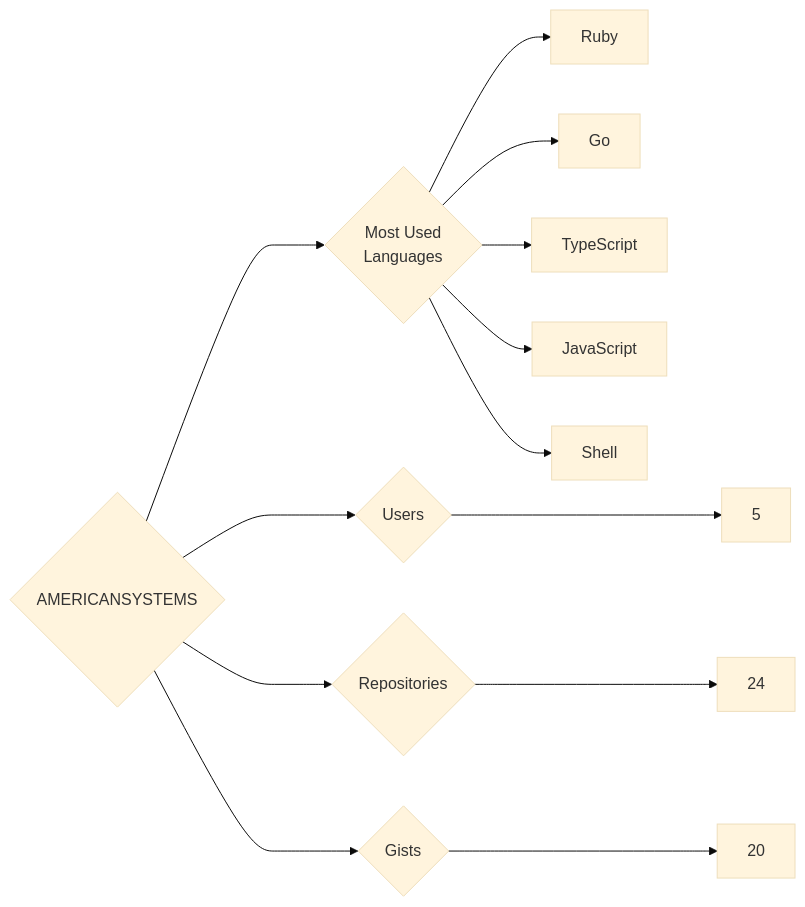
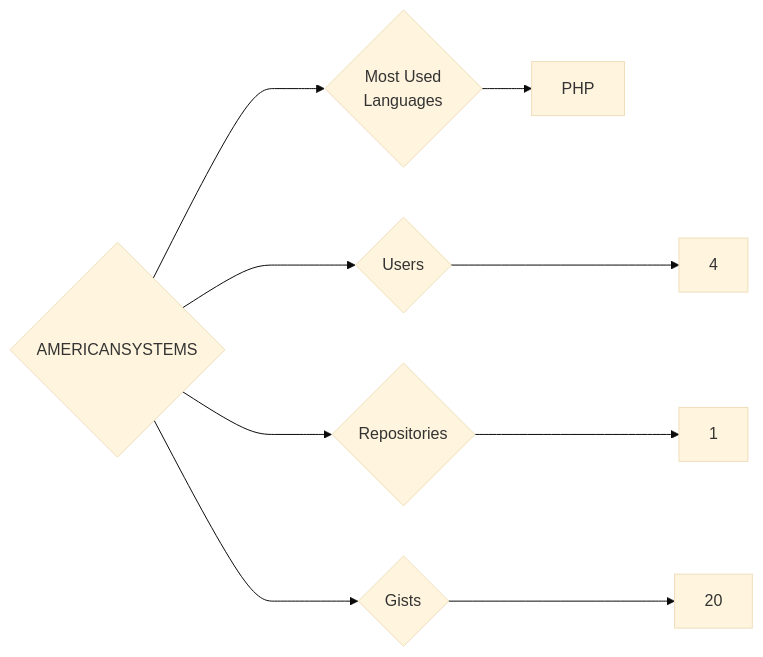
Before and after one commit to trickest/insiders: the diagram in targets/AMERICANSYSTEMS/README.md, drawn with Mermaid (base theme). The commit also changed 1175 other files, not shown here.

````diff
--- a/targets/AMERICANSYSTEMS/README.md
+++ b/targets/AMERICANSYSTEMS/README.md
@@ -3,13 +3,9 @@
 ```mermaid
 graph LR
 COMPANY_NAME{AMERICANSYSTEMS}
-COMPANY_NAME ---> U{Users} ---> UN[5]
-COMPANY_NAME ---> R{Repositories} ---> RN[24]
+COMPANY_NAME ---> U{Users} ---> UN[4]
+COMPANY_NAME ---> R{Repositories} ---> RN[1]
 COMPANY_NAME ---> G{Gists} ---> GN[20]
 COMPANY_NAME ---> ML{Most Used<br>Languages}
-ML --> Ruby[Ruby]
-ML --> Go[Go]
-ML --> TypeScript[TypeScript]
-ML --> JavaScript[JavaScript]
-ML --> Shell[Shell]
+ML --> PHP[PHP]
 ```
````
